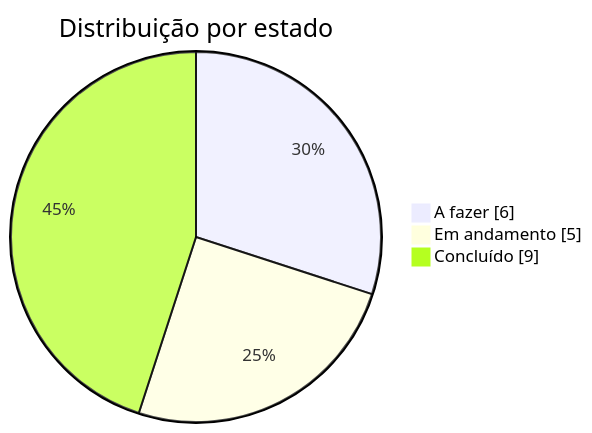
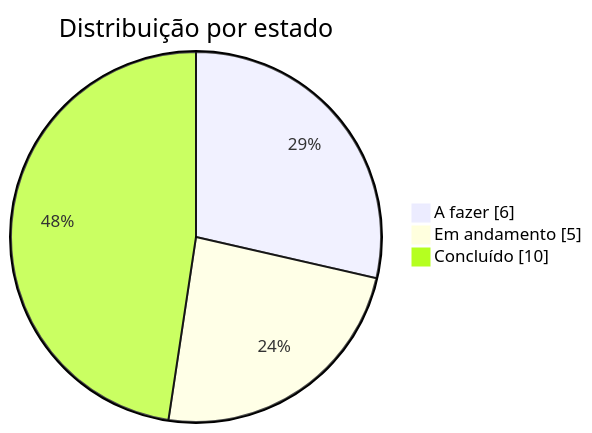
One commit to softctrl/backloger changed the first of 5 diagrams in docs/BACKLOG.md. Above: the diagram before and after it, drawn with Mermaid. The commit also changed other lines of this file and 21 other files, not shown here.

````diff
--- a/docs/BACKLOG.md
+++ b/docs/BACKLOG.md
@@ -37,8 +37,8 @@
 ```mermaid
-%% backloger-chart-v1 {"kind":"donut","title":"Distribuição por estado","labels":["A fazer","Em andamento","Em revisão","Concluído","Cancelado"],"series":[{"name":"Atividades","values":[6.0,5.0,0.0,9.0,0.0]}],"colors":["#929b8f","#df8853","#df8853","#286856","#c2c9c0"]}
+%% backloger-chart-v1 {"kind":"donut","title":"Distribuição por estado","labels":["A fazer","Em andamento","Em revisão","Concluído","Cancelado"],"series":[{"name":"Atividades","values":[6.0,5.0,0.0,10.0,0.0]}],"colors":["#929b8f","#df8853","#df8853","#286856","#c2c9c0"]}
 pie showData
     title Distribuição por estado
     "A fazer" : 6
     "Em andamento" : 5
-    "Concluído" : 9
+    "Concluído" : 10
 ```
````
